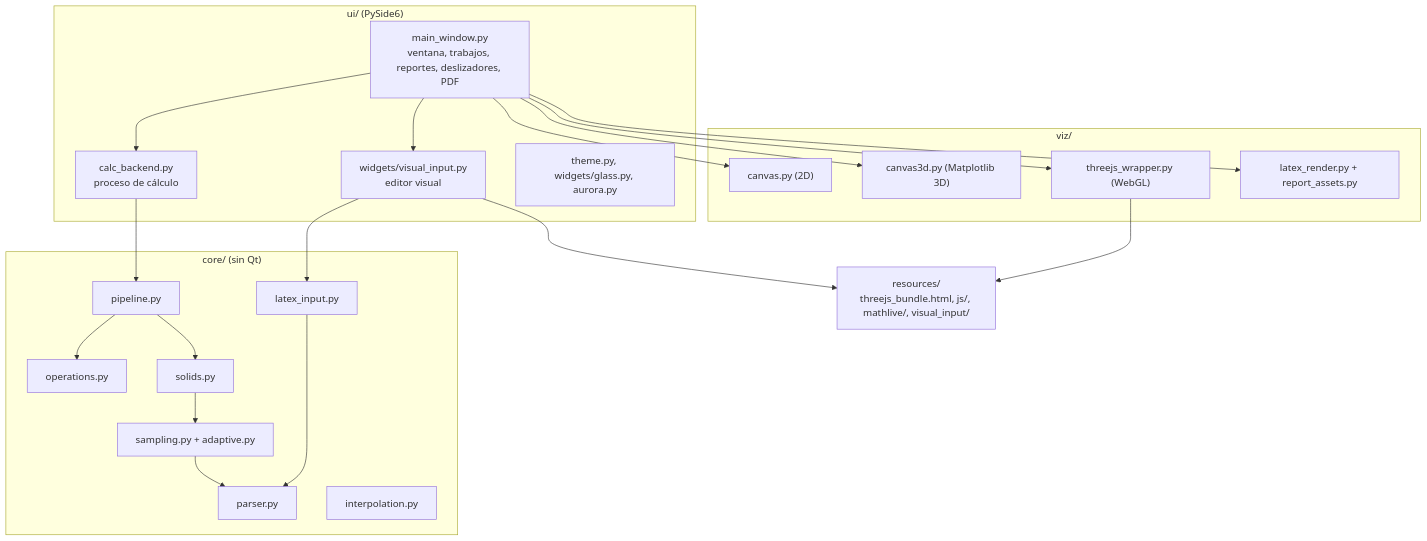
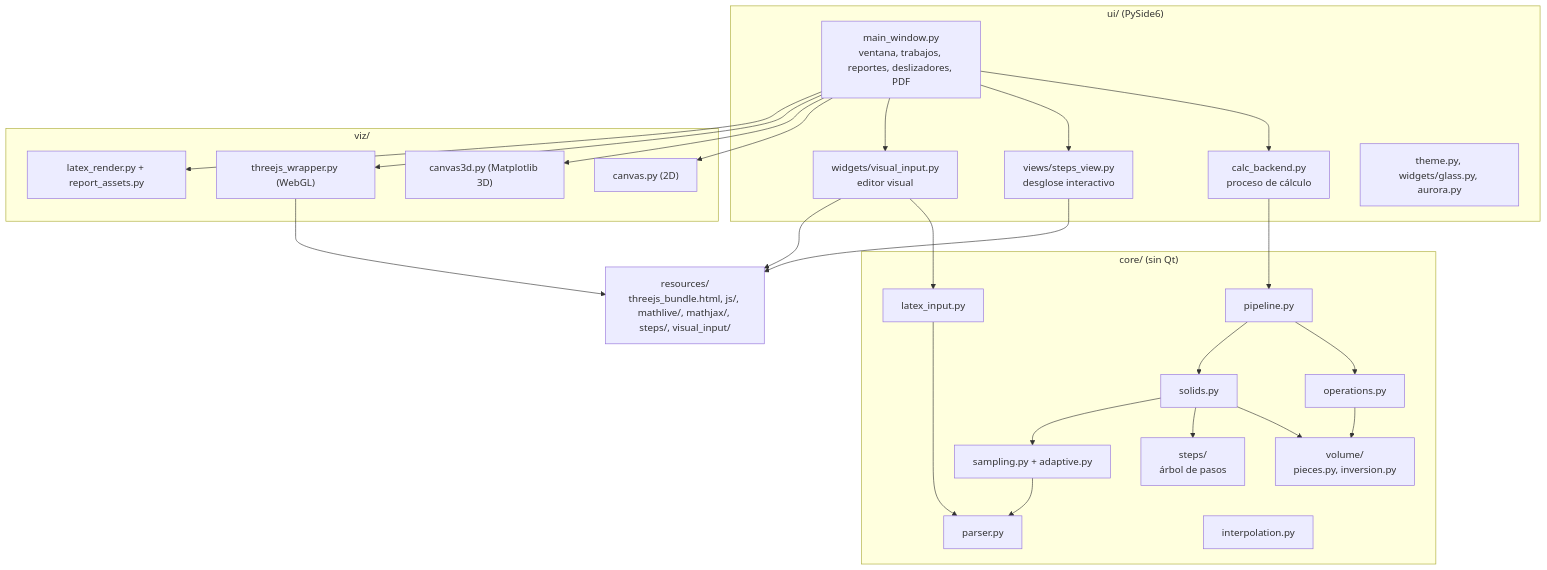
The first of 2 diagrams in docs/ARQUITECTURA.md (lassombrita/calculo), drawn with Mermaid before and after one commit. The commit also changed other lines of this file and 55 other files, not shown here.

````diff
--- a/docs/ARQUITECTURA.md
+++ b/docs/ARQUITECTURA.md
@@ -7,32 +7,38 @@
 ```mermaid
 flowchart TB
   subgraph UI["ui/ (PySide6)"]
     MW["main_window.py<br/>ventana, trabajos, reportes, deslizadores, PDF"]
     CB["calc_backend.py<br/>proceso de cálculo"]
+    SV["views/steps_view.py<br/>desglose interactivo"]
     VI["widgets/visual_input.py<br/>editor visual"]
     TH["theme.py, widgets/glass.py, aurora.py"]
   end
   subgraph VIZ["viz/"]
     C2["canvas.py (2D)"]
     C3["canvas3d.py (Matplotlib 3D)"]
     TJ["threejs_wrapper.py (WebGL)"]
     LR["latex_render.py + report_assets.py"]
   end
   subgraph CORE["core/ (sin Qt)"]
     PA["parser.py"]
     LI["latex_input.py"]
     OP["operations.py"]
     SA["sampling.py + adaptive.py"]
     IN["interpolation.py"]
     SO["solids.py"]
+    VO["volume/<br/>pieces.py, inversion.py"]
+    ST["steps/<br/>árbol de pasos"]
     PI["pipeline.py"]
   end
-  RES["resources/<br/>threejs_bundle.html, js/, mathlive/, visual_input/"]
+  RES["resources/<br/>threejs_bundle.html, js/, mathlive/, mathjax/, steps/, visual_input/"]
   MW --> CB --> PI
+  MW --> SV --> RES
   MW --> VI --> LI --> PA
   MW --> C2 & C3 & TJ & LR
   PI --> OP & SO
-  SO --> SA --> PA
+  SO --> VO & ST & SA
+  OP --> VO
+  SA --> PA
   TJ --> RES
   VI --> RES
 ```
````
